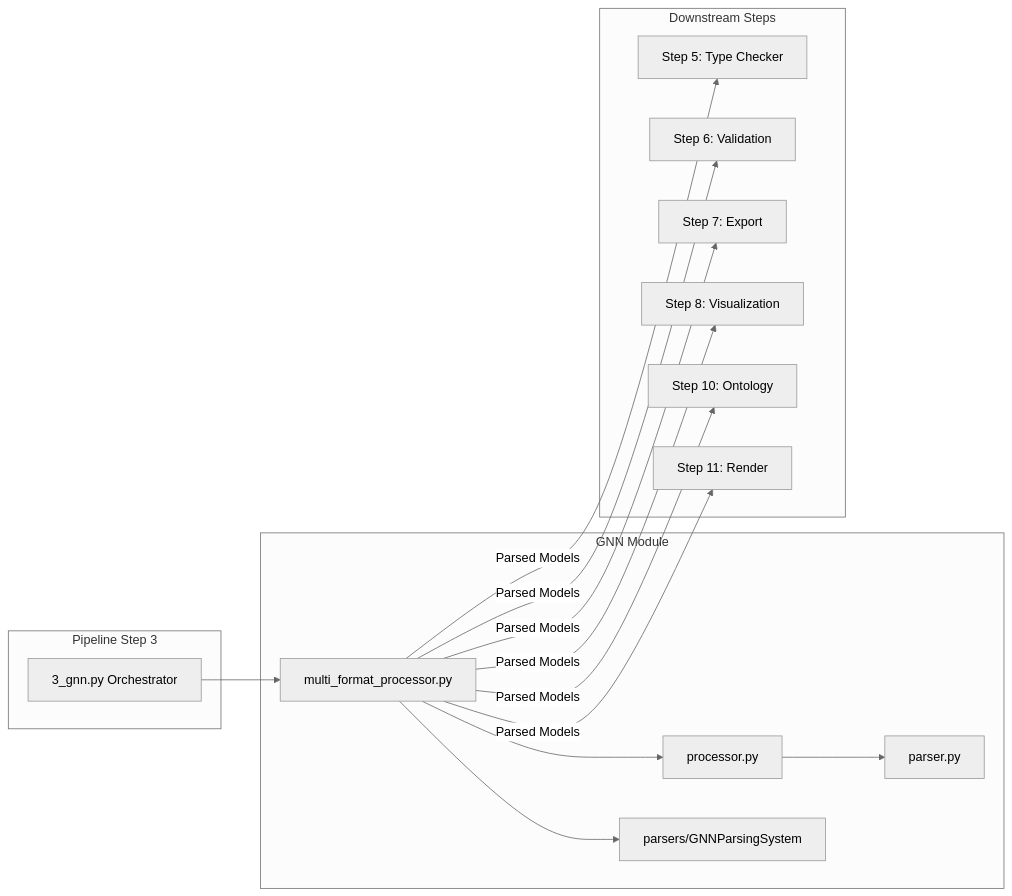
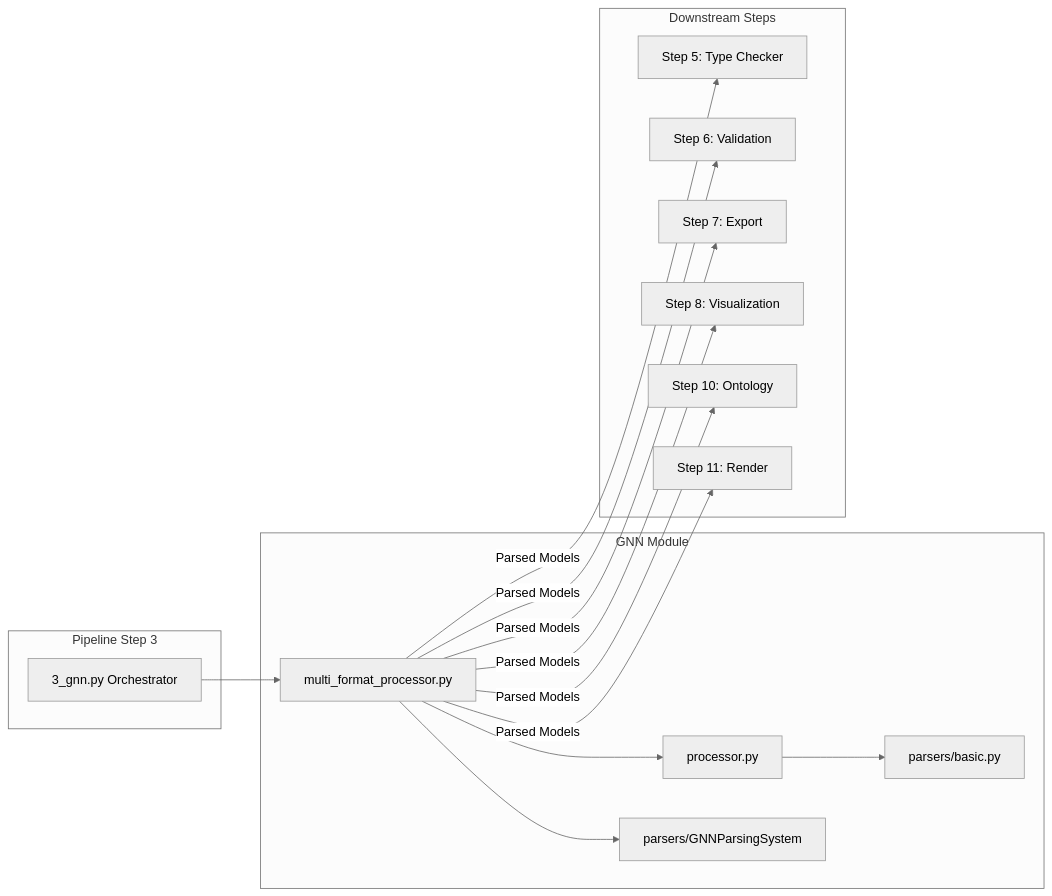
Before and after one commit to ActiveInferenceInstitute/GeneralizedNotationNotation: the fourth of 4 diagrams in src/gnn/README.md, drawn with Mermaid (neutral theme). The commit also changed other lines of this file and 131 other files, not shown here.

````diff
--- a/src/gnn/README.md
+++ b/src/gnn/README.md
@@ -176,34 +176,34 @@
 ```mermaid
 flowchart LR
     subgraph "Pipeline Step 3"
         Step3[3_gnn.py Orchestrator]
     end
     
     subgraph "GNN Module"
         MultiFormat[multi_format_processor.py]
         Processor[processor.py]
-        Parser[parser.py]
+        Parser[parsers/basic.py]
         ParsingSystem[parsers/GNNParsingSystem]
     end
     
     subgraph "Downstream Steps"
         Step5[Step 5: Type Checker]
         Step6[Step 6: Validation]
         Step7[Step 7: Export]
         Step8[Step 8: Visualization]
         Step10[Step 10: Ontology]
         Step11[Step 11: Render]
     end
     
     Step3 --> MultiFormat
     MultiFormat --> Processor
     MultiFormat --> ParsingSystem
     Processor --> Parser
     
     MultiFormat -->|Parsed Models| Step5
     MultiFormat -->|Parsed Models| Step6
     MultiFormat -->|Parsed Models| Step7
     MultiFormat -->|Parsed Models| Step8
     MultiFormat -->|Parsed Models| Step10
     MultiFormat -->|Parsed Models| Step11
 ```
````
